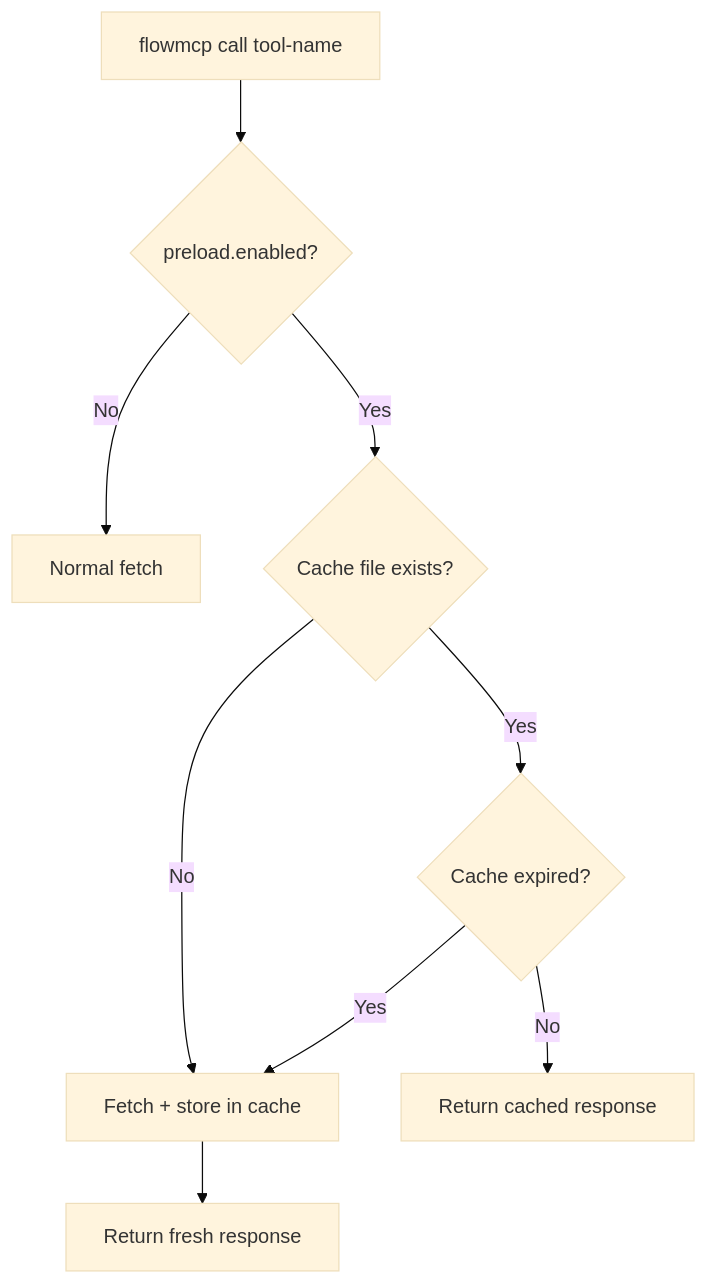
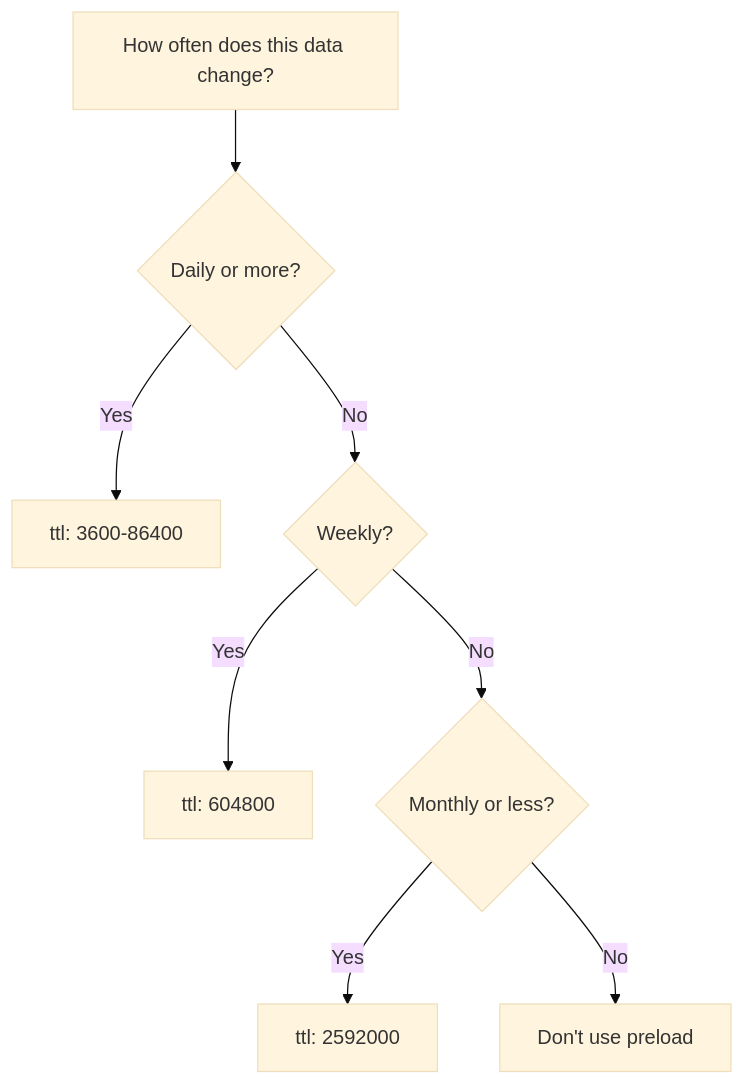
The second of 2 diagrams in src/content/docs/specification/preload.md (FlowMCP/flowmcp.github.io), drawn with Mermaid (base theme) before and after one commit. The commit also changed other lines of this file and 45 other files, not shown here.

````diff
--- a/src/content/docs/specification/preload.md
+++ b/src/content/docs/specification/preload.md
@@ -102,11 +192,10 @@
 ```mermaid
 flowchart TD
-    A["flowmcp call tool-name"] --> B{"preload.enabled?"}
-    B -->|No| C[Normal fetch]
-    B -->|Yes| D{Cache file exists?}
-    D -->|No| E[Fetch + store in cache]
-    D -->|Yes| F{Cache expired?}
-    F -->|No| G[Return cached response]
-    F -->|Yes| E
-    E --> H[Return fresh response]
+    A[How often does this data change?] --> B{Daily or more?}
+    B -->|Yes| C[ttl: 3600-86400]
+    B -->|No| D{Weekly?}
+    D -->|Yes| E[ttl: 604800]
+    D -->|No| F{Monthly or less?}
+    F -->|Yes| G[ttl: 2592000]
+    F -->|No| H[Don't use preload]
 ```
````
